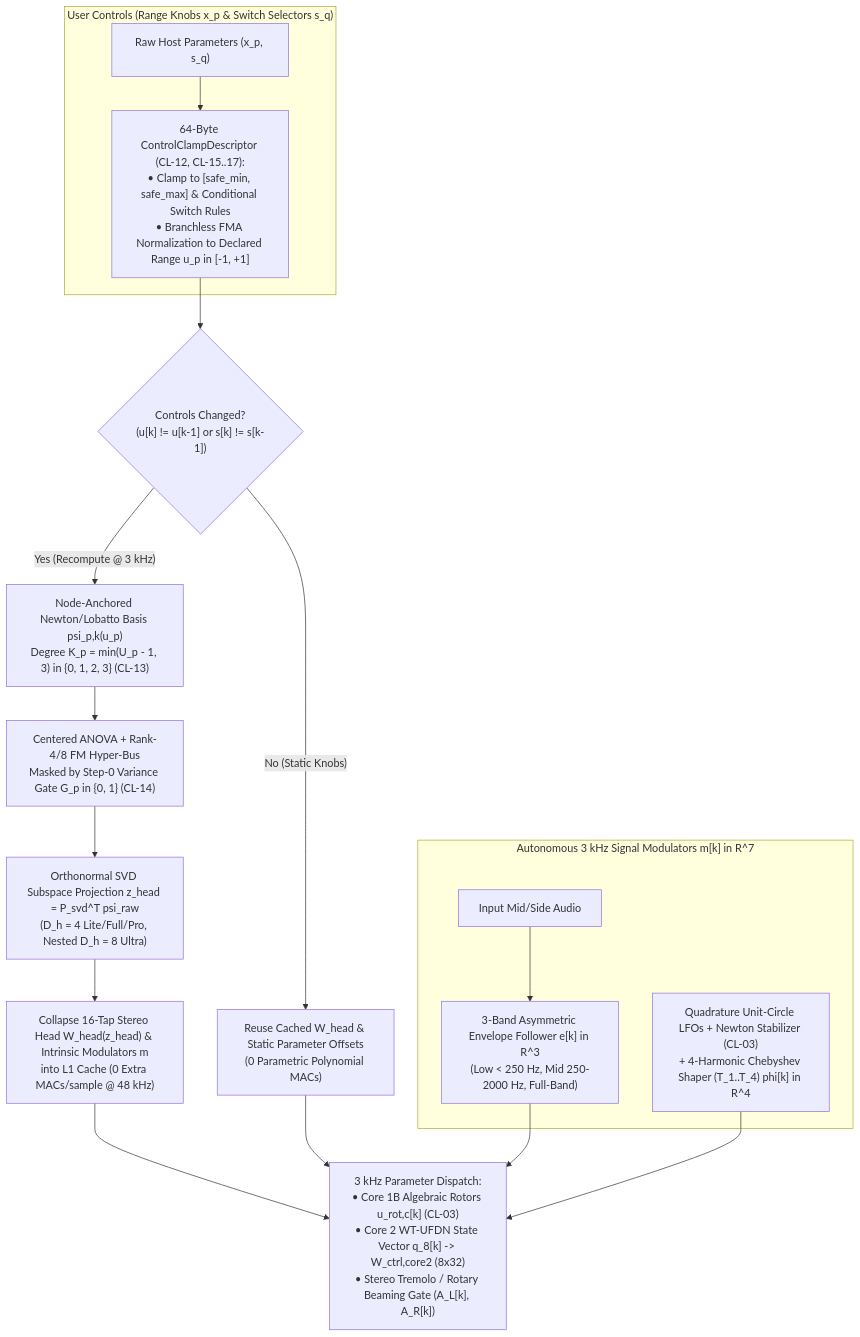
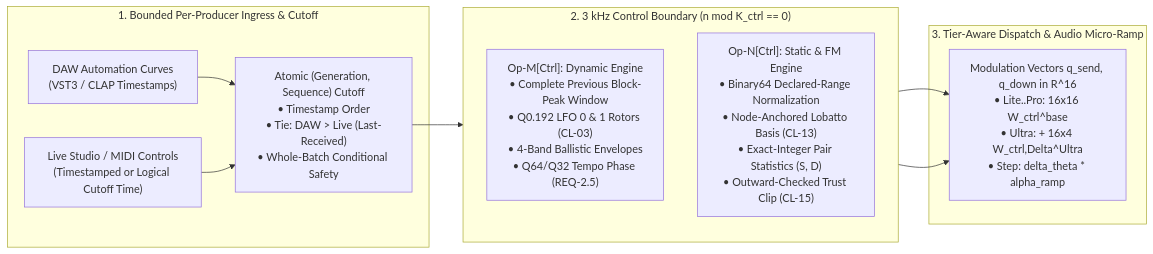
Before and after one commit to dnam-project/dnam: the diagram in docs/dsp/parametric_control_bus.md, drawn with Mermaid. The commit also changed other lines of this file and 105 other files, not shown here.

````diff
--- a/docs/dsp/parametric_control_bus.md
+++ b/docs/dsp/parametric_control_bus.md
@@ -5,22 +16,20 @@
 ```mermaid
-flowchart TD
-    subgraph UserIn ["User Controls (Range Knobs x_p & Switch Selectors s_q)"]
-        Raw["Raw Host Parameters (x_p, s_q)"] --> ClampDesc["64-Byte ControlClampDescriptor (CL-12, CL-15..17):<br/>• Clamp to [safe_min, safe_max] & Conditional Switch Rules<br/>• Branchless FMA Normalization to Declared Range u_p in [-1, +1]"]
+flowchart LR
+    subgraph Ingress ["1. Bounded Per-Producer Ingress & Cutoff"]
+        DAW["DAW Automation Curves<br/>(VST3 / CLAP Timestamps)"] --> Cut["Atomic (Generation, Sequence) Cutoff<br/>• Timestamp Order<br/>• Tie: DAW > Live (Last-Received)<br/>• Whole-Batch Conditional Safety"]
+        Live["Live Studio / MIDI Controls<br/>(Timestamped or Logical Cutoff Time)"] --> Cut
     end
 
-    ClampDesc --> Dirty{"Controls Changed?<br/>(u[k] != u[k-1] or s[k] != s[k-1])"}
-
-    Dirty -- "Yes (Recompute @ 3 kHz)" --> Newton["Node-Anchored Newton/Lobatto Basis psi_p,k(u_p)<br/>Degree K_p = min(U_p - 1, 3) in {0, 1, 2, 3} (CL-13)"]
-    Newton --> Hyper["Centered ANOVA + Rank-4/8 FM Hyper-Bus<br/>Masked by Step-0 Variance Gate G_p in {0, 1} (CL-14)"]
-    Hyper --> SVD["Orthonormal SVD Subspace Projection z_head = P_svd^T psi_raw<br/>(D_h = 4 Lite/Full/Pro, Nested D_h = 8 Ultra)"]
-    SVD --> Collapse["Collapse 16-Tap Stereo Head W_head(z_head) & Intrinsic Modulators m<br/>into L1 Cache (0 Extra MACs/sample @ 48 kHz)"]
-
-    Dirty -- "No (Static Knobs)" --> Cached["Reuse Cached W_head & Static Parameter Offsets<br/>(0 Parametric Polynomial MACs)"]
-
-    subgraph AutoMod ["Autonomous 3 kHz Signal Modulators m[k] in R^7"]
-        AudioIn["Input Mid/Side Audio"] --> Env["3-Band Asymmetric Envelope Follower e[k] in R^3<br/>(Low < 250 Hz, Mid 250-2000 Hz, Full-Band)"]
-        LFO["Quadrature Unit-Circle LFOs + Newton Stabilizer (CL-03)<br/>+ 4-Harmonic Chebyshev Shaper (T_1..T_4) phi[k] in R^4"]
+    subgraph CtrlTick ["2. 3 kHz Control Boundary (n mod K_ctrl == 0)"]
+        direction TB
+        OpM["Op-M[Ctrl]: Dynamic Engine<br/>• Complete Previous Block-Peak Window<br/>• Q0.192 LFO 0 & 1 Rotors (CL-03)<br/>• 4-Band Ballistic Envelopes<br/>• Q64/Q32 Tempo Phase (REQ-2.5)"]
+        OpN["Op-N[Ctrl]: Static & FM Engine<br/>• Binary64 Declared-Range Normalization<br/>• Node-Anchored Lobatto Basis (CL-13)<br/>• Exact-Integer Pair Statistics (S, D)<br/>• Outward-Checked Trust Clip (CL-15)"]
     end
 
-    Collapse & Cached & Env & LFO --> Dispatch["3 kHz Parameter Dispatch:<br/>• Core 1B Algebraic Rotors u_rot,c[k] (CL-03)<br/>• Core 2 WT-UFDN State Vector q_8[k] -> W_ctrl,core2 (8x32)<br/>• Stereo Tremolo / Rotary Beaming Gate (A_L[k], A_R[k])"]
+    subgraph Dispatch ["3. Tier-Aware Dispatch & Audio Micro-Ramp"]
+        Bus["Modulation Vectors q_send, q_down in R^16<br/>• Lite..Pro: 16x16 W_ctrl^base<br/>• Ultra: + 16x4 W_ctrl,Delta^Ultra<br/>• Step: delta_theta * alpha_ramp"]
+    end
+
+    Cut --> OpN
+    OpM & OpN --> Bus
 ```
````
